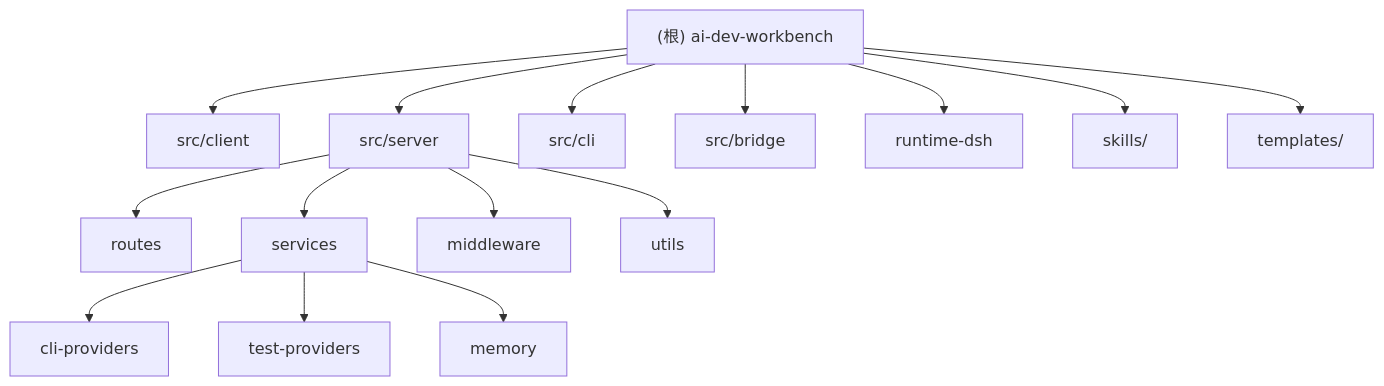
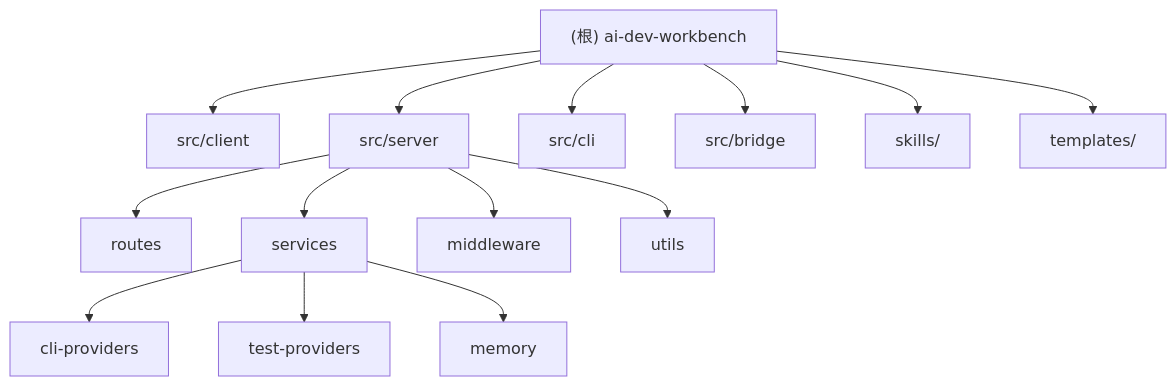
One commit to oCo0c0/ai-dev-workflow changed the diagram in CLAUDE.md. Above: the diagram before and after it, drawn with Mermaid. The commit also changed other lines of this file and 31 other files, not shown here.

````diff
--- a/CLAUDE.md
+++ b/CLAUDE.md
@@ -20,24 +20,23 @@
 ```mermaid
 graph TD
     ROOT["(根) ai-dev-workbench"] --> CLIENT["src/client"]
     ROOT --> SERVER["src/server"]
     ROOT --> CLI["src/cli"]
     ROOT --> BRIDGE["src/bridge"]
-    ROOT --> RUNTIME_DSH["runtime-dsh"]
     ROOT --> SKILLS["skills/"]
     ROOT --> TEMPLATES["templates/"]
 
     SERVER --> ROUTES["routes"]
     SERVER --> SERVICES["services"]
     SERVER --> MIDDLEWARE["middleware"]
     SERVER --> UTILS["utils"]
 
     SERVICES --> CLI_PROVIDERS["cli-providers"]
     SERVICES --> TEST_PROVIDERS["test-providers"]
     SERVICES --> MEMORY["memory"]
 
     click CLIENT "./src/client/CLAUDE.md" "查看 client 模块文档"
     click SERVER "./src/server/CLAUDE.md" "查看 server 模块文档"
     click CLI "./src/cli/CLAUDE.md" "查看 cli 模块文档"
     click BRIDGE "./src/bridge/CLAUDE.md" "查看 bridge 模块文档"
 ```
````
